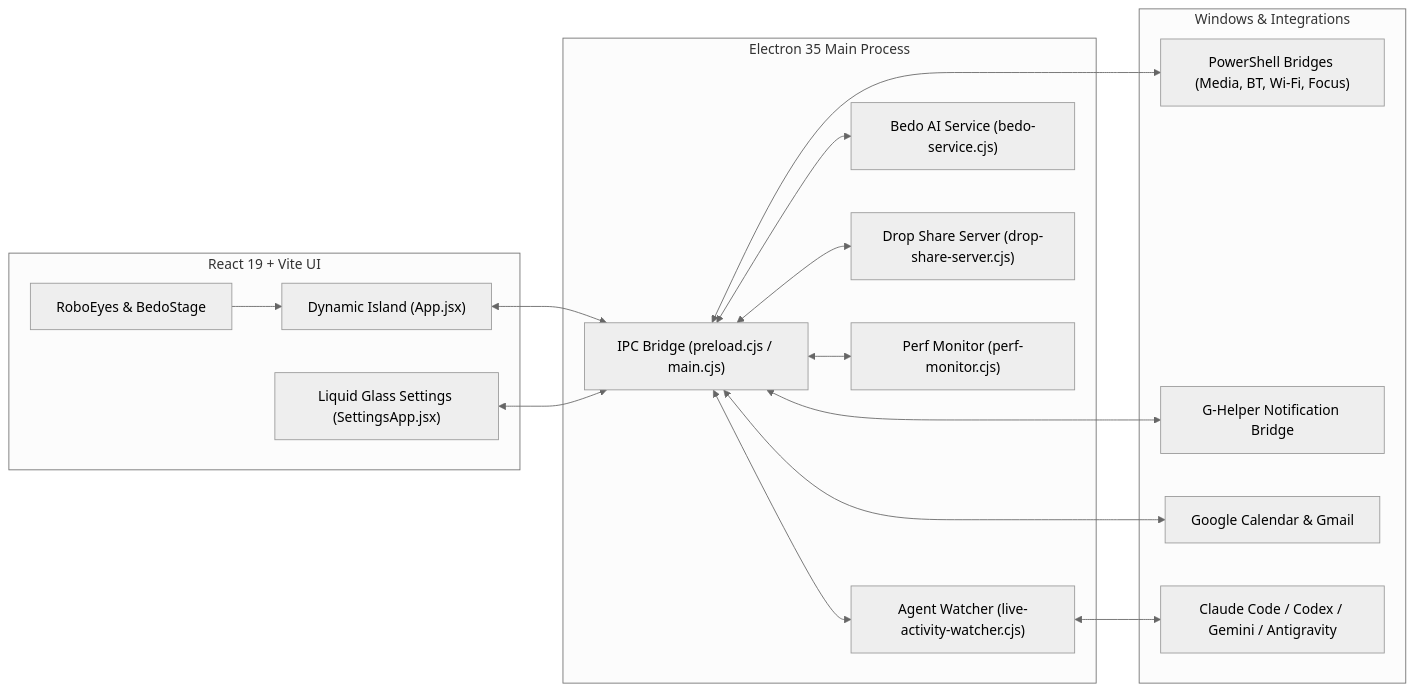
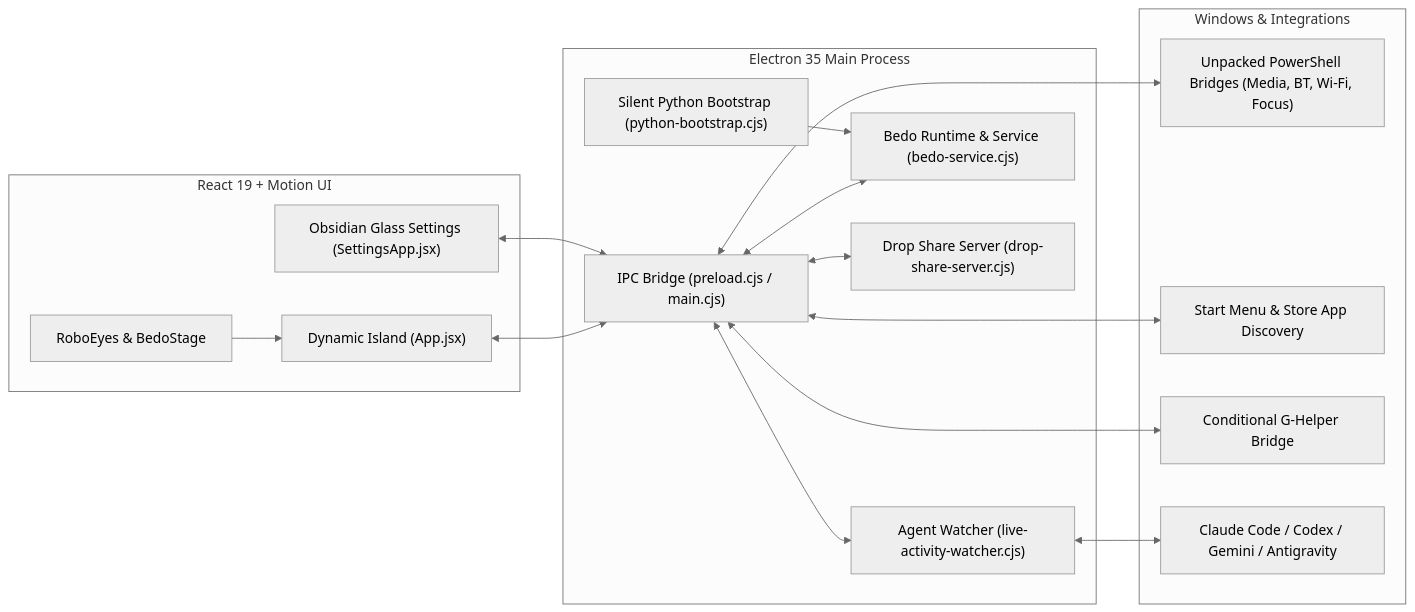
One commit to bedirhanorseloglu/Bedo-Dynamic-Island-And-AI-Assistant-For-Windows changed the diagram in README.md. Above: the diagram before and after it, drawn with Mermaid (neutral theme). The commit also changed other lines of this file and 81 other files, not shown here.

Commit message:
feat: portable zip distribution, self-contained bedo-runtime, silent python bootstrap, animated welcome & distributed hardening

````diff
--- a/README.md
+++ b/README.md
@@ -85,35 +89,35 @@
 ```mermaid
 flowchart LR
-    subgraph Renderer["React 19 + Vite UI"]
+    subgraph Renderer["React 19 + Motion UI"]
         Island["Dynamic Island (App.jsx)"]
         Eyes["RoboEyes & BedoStage"]
-        Settings["Liquid Glass Settings (SettingsApp.jsx)"]
+        Settings["Obsidian Glass Settings (SettingsApp.jsx)"]
     end
 
     subgraph Main["Electron 35 Main Process"]
         IPC["IPC Bridge (preload.cjs / main.cjs)"]
         Agents["Agent Watcher (live-activity-watcher.cjs)"]
-        BedoAI["Bedo AI Service (bedo-service.cjs)"]
+        BedoAI["Bedo Runtime & Service (bedo-service.cjs)"]
+        Bootstrap["Silent Python Bootstrap (python-bootstrap.cjs)"]
         Drop["Drop Share Server (drop-share-server.cjs)"]
-        Perf["Perf Monitor (perf-monitor.cjs)"]
     end
 
     subgraph OS["Windows & Integrations"]
-        WinPS["PowerShell Bridges (Media, BT, Wi-Fi, Focus)"]
-        GHelper["G-Helper Notification Bridge"]
-        Google["Google Calendar & Gmail"]
+        WinPS["Unpacked PowerShell Bridges (Media, BT, Wi-Fi, Focus)"]
+        Apps["Start Menu & Store App Discovery"]
+        GHelper["Conditional G-Helper Bridge"]
         IDEs["Claude Code / Codex / Gemini / Antigravity"]
     end
 
     Island <--> IPC
     Settings <--> IPC
     Eyes --> Island
     IPC <--> Agents
     IPC <--> BedoAI
+    Bootstrap --> BedoAI
     IPC <--> Drop
-    IPC <--> Perf
     Agents <--> IDEs
     IPC <--> WinPS
+    IPC <--> Apps
     IPC <--> GHelper
-    IPC <--> Google
 ```
````
